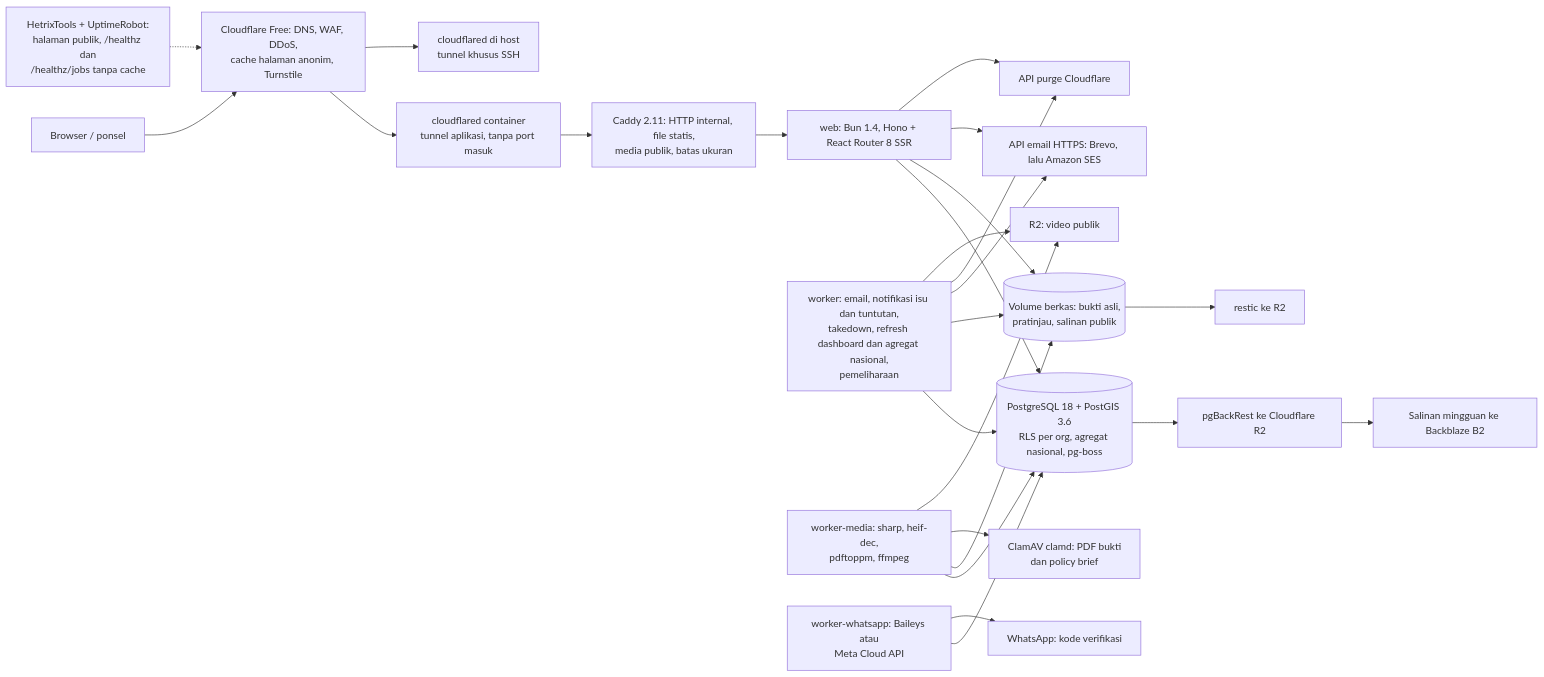
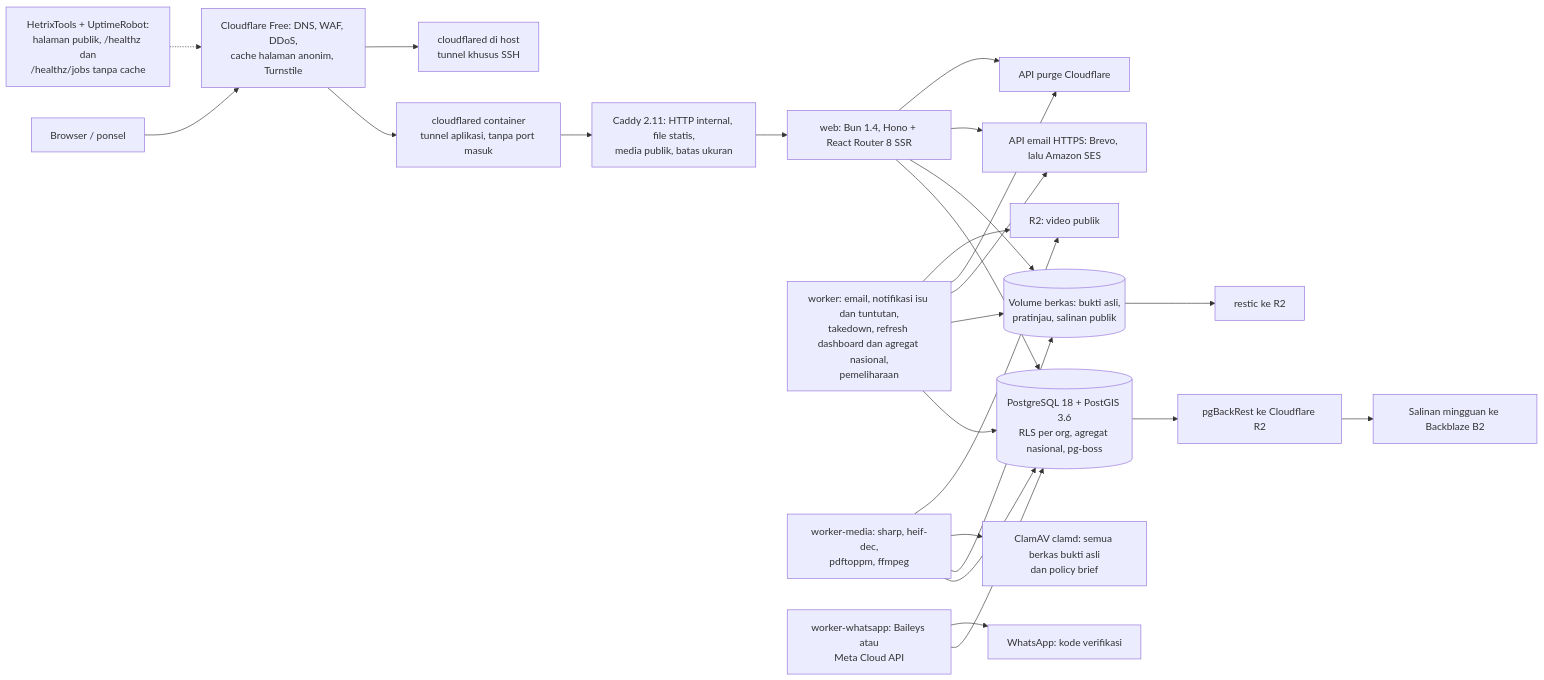
The second of 2 diagrams in PLAN.md (nathangalung/Project-SuaraMadani), drawn with Mermaid before and after one commit. The commit also changed other lines of this file and 353 other files, not shown here.

````diff
--- a/PLAN.md
+++ b/PLAN.md
@@ -715,27 +717,27 @@
 ```mermaid
 flowchart LR
   U[Browser / ponsel] --> CF[Cloudflare Free: DNS, WAF, DDoS,<br/>cache halaman anonim, Turnstile]
   CF --> CT[cloudflared container<br/>tunnel aplikasi, tanpa port masuk]
   CF --> CS[cloudflared di host<br/>tunnel khusus SSH]
   CT --> CD[Caddy 2.11: HTTP internal, file statis,<br/>media publik, batas ukuran]
   CD --> APP[web: Bun 1.4, Hono + React Router 8 SSR]
   APP --> PG[(PostgreSQL 18 + PostGIS 3.6<br/>RLS per org, agregat nasional, pg-boss)]
   APP --> FS[(Volume berkas: bukti asli,<br/>pratinjau, salinan publik)]
   W[worker: email, notifikasi isu dan tuntutan,<br/>takedown, refresh dashboard dan agregat nasional,<br/>pemeliharaan] --> PG
   W --> FS
   W --> MAIL[API email HTTPS: Brevo, lalu Amazon SES]
   APP --> MAIL
   APP --> PURGE[API purge Cloudflare]
   W --> PURGE
   W --> R2M
   WM[worker-media: sharp, heif-dec,<br/>pdftoppm, ffmpeg] --> PG
   WM --> FS
-  WM --> AV[ClamAV clamd: PDF bukti<br/>dan policy brief]
+  WM --> AV[ClamAV clamd: semua berkas bukti asli<br/>dan policy brief]
   WA[worker-whatsapp: Baileys atau<br/>Meta Cloud API] --> PG
   WA --> WAS[WhatsApp: kode verifikasi]
   WM --> R2M[R2: video publik]
   PG --> BK[pgBackRest ke Cloudflare R2]
   FS --> BE[restic ke R2]
   BK --> B2[Salinan mingguan ke Backblaze B2]
   UK[HetrixTools + UptimeRobot:<br/>halaman publik, /healthz dan<br/>/healthz/jobs tanpa cache] -.-> CF
 ```
````
